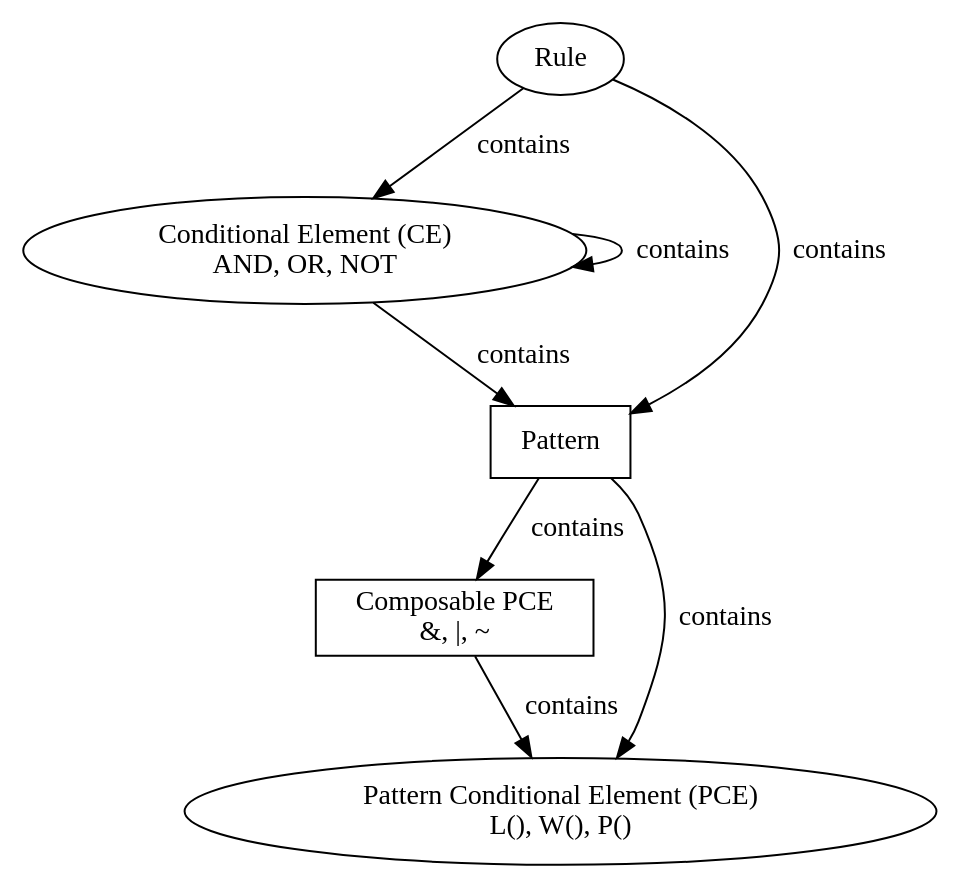
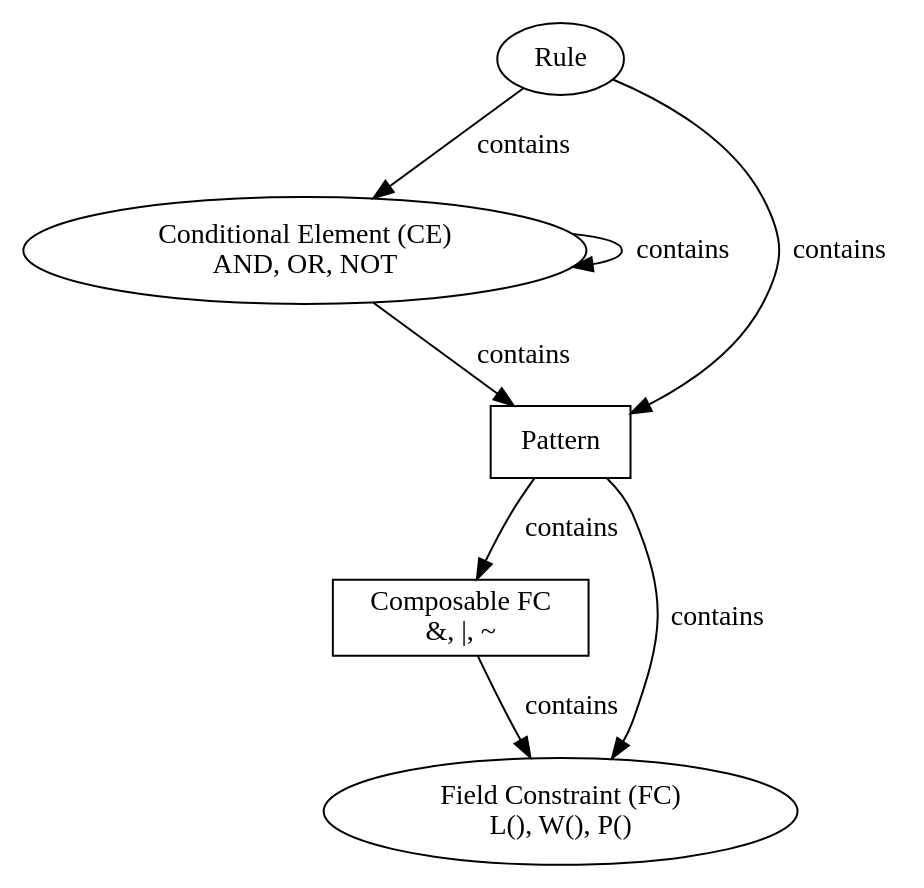
One commit to buguroo/pyknow changed the second of 2 diagrams in docs/source/reference.rst. Above: the diagram before and after it, drawn with Graphviz. The commit also changed other lines of this file and 2 other files, not shown here.

```diff
--- a/docs/source/reference.rst
+++ b/docs/source/reference.rst
@@ -64,17 +64,17 @@
 .. graphviz::
 
    digraph relation {
      "CE" [label="Conditional Element (CE)\nAND, OR, NOT"];
-     "CPCE" [label="Composable PCE\n&, \|, ~", shape="box"];
-     "PCE" [label="Pattern Conditional Element (PCE)\nL(), W(), P()"];
+     "CFC" [label="Composable FC\n&, \|, ~", shape="box"];
+     "FC" [label="Field Constraint (FC)\nL(), W(), P()"];
      "Pattern" [label="Pattern", shape="box"];
 
      "CE" -> "CE" [label="contains"];
      "CE" -> "Pattern" [label="contains"];
-     "CPCE" -> "PCE" [label="contains"];
-     "Pattern" -> "PCE" [label="contains"]
-     "Pattern" -> "CPCE" [label="contains"]
+     "CFC" -> "FC" [label="contains"];
+     "Pattern" -> "FC" [label="contains"]
+     "Pattern" -> "CFC" [label="contains"]
      "Rule" -> "CE" [label="contains"];
      "Rule" -> "Pattern" [label="contains"];
 
    }
```
